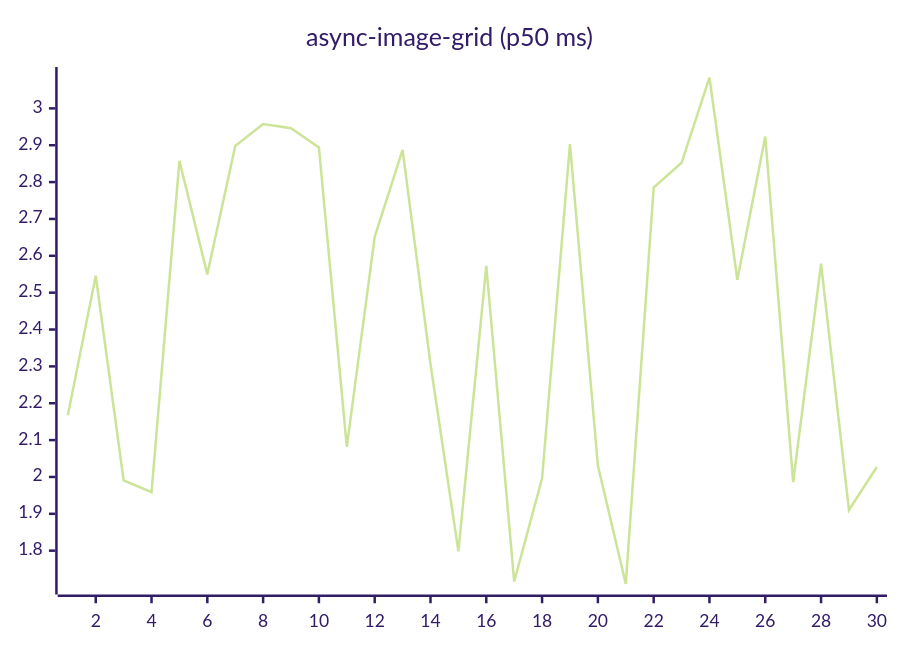
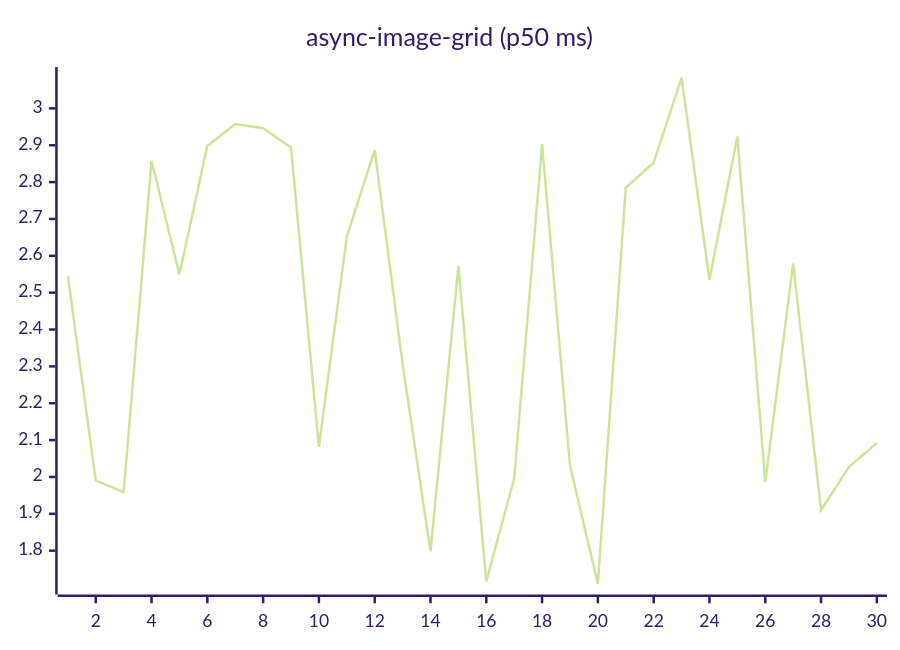
The fifth of 27 diagrams in README.md (josha/Facet), drawn with Mermaid (forest theme) before and after one commit. The commit also changed other lines of this file and 2 other files, not shown here.

````diff
--- a/README.md
+++ b/README.md
@@ -91,6 +91,6 @@
 ```mermaid
 xychart-beta
     title "async-image-grid (p50 ms)"
     x-axis 1 --> 30
-    line [2.1671, 2.5459, 1.9906, 1.9586, 2.8577, 2.5497, 2.8980, 2.9576, 2.9463, 2.8940, 2.0815, 2.6515, 2.8871, 2.3060, 1.7979, 2.5726, 1.7163, 1.9964, 2.9032, 2.0307, 1.7099, 2.7848, 2.8523, 3.0834, 2.5349, 2.9237, 1.9862, 2.5787, 1.9102, 2.0270]
+    line [2.5459, 1.9906, 1.9586, 2.8577, 2.5497, 2.8980, 2.9576, 2.9463, 2.8940, 2.0815, 2.6515, 2.8871, 2.3060, 1.7979, 2.5726, 1.7163, 1.9964, 2.9032, 2.0307, 1.7099, 2.7848, 2.8523, 3.0834, 2.5349, 2.9237, 1.9862, 2.5787, 1.9102, 2.0270, 2.0924]
 ```
````
